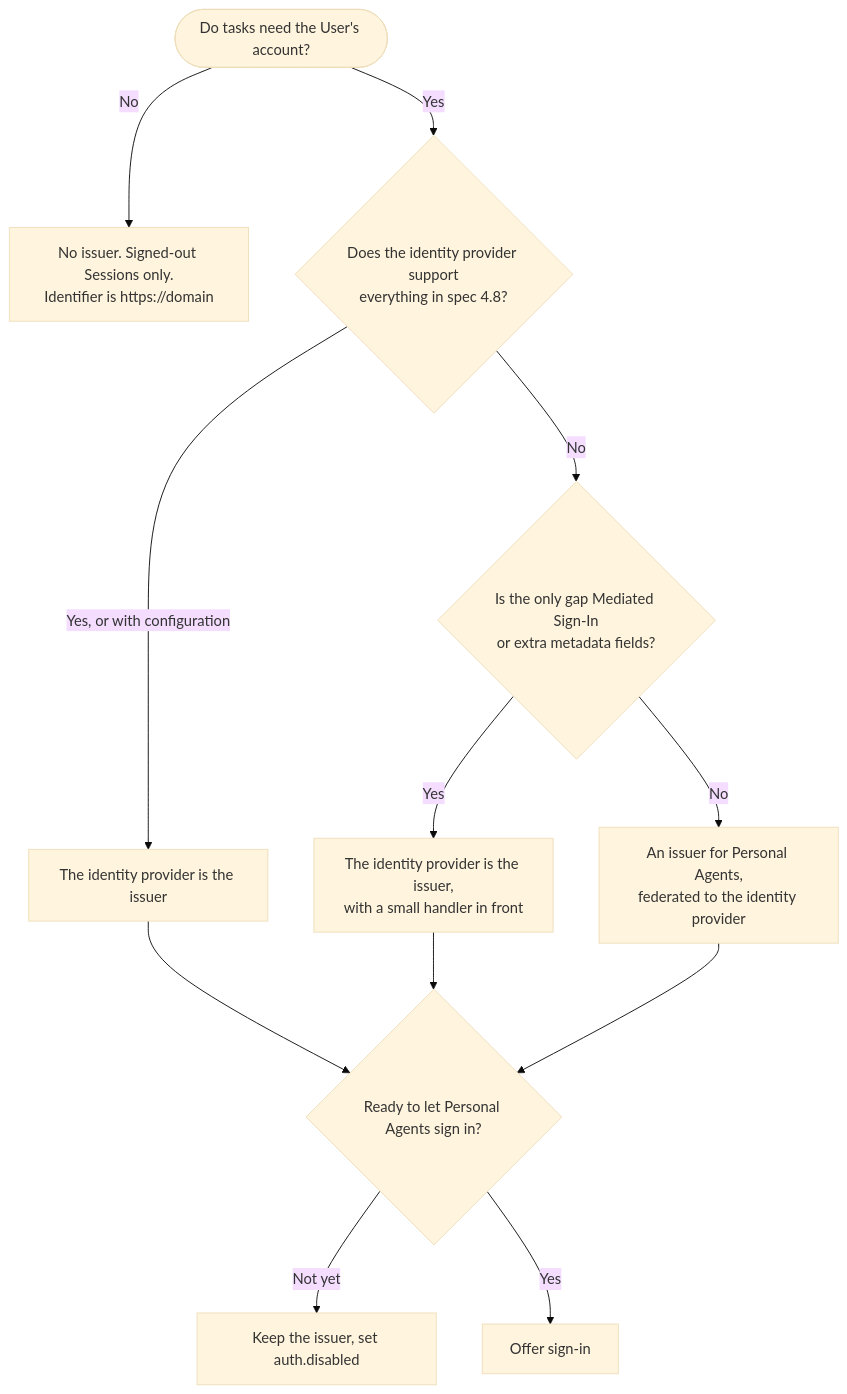
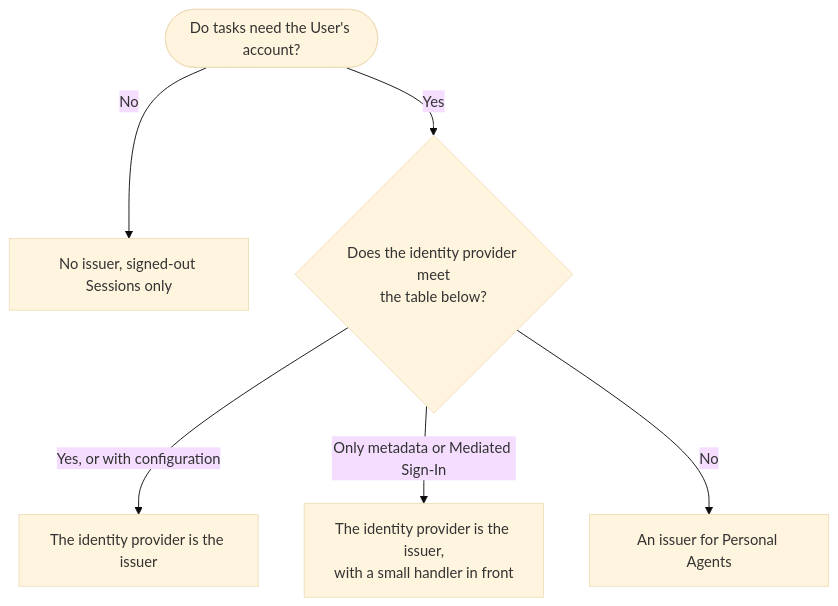
Before and after one commit to gaokevin1/personal-agent-protocol: the first of 8 diagrams in kit/company/patterns/identity-provider.md, drawn with Mermaid (base theme). The commit also changed other lines of this file and 1 other file, not shown here.

Commit message:
Trim the identity provider pattern to the essentials

````diff
--- a/kit/company/patterns/identity-provider.md
+++ b/kit/company/patterns/identity-provider.md
@@ -19,14 +15,8 @@
 ```mermaid
 flowchart TD
-  start([Do tasks need the User's account?]) -->|No| none[No issuer. Signed-out Sessions only.<br/>Identifier is https://domain]
-  start -->|Yes| gaps{Does the identity provider support<br/>everything in spec 4.8?}
+  start([Do tasks need the User's account?]) -->|No| none[No issuer, signed-out Sessions only]
+  start -->|Yes| gaps{Does the identity provider meet<br/>the table below?}
   gaps -->|Yes, or with configuration| idp[The identity provider is the issuer]
-  gaps -->|No| front{Is the only gap Mediated Sign-In<br/>or extra metadata fields?}
-  front -->|Yes| shim[The identity provider is the issuer,<br/>with a small handler in front]
-  front -->|No| agent[An issuer for Personal Agents,<br/>federated to the identity provider]
-  idp --> ready{Ready to let Personal Agents sign in?}
-  shim --> ready
-  agent --> ready
-  ready -->|Not yet| disabled[Keep the issuer, set auth.disabled]
-  ready -->|Yes| live[Offer sign-in]
+  gaps -->|Only metadata or Mediated Sign-In| shim[The identity provider is the issuer,<br/>with a small handler in front]
+  gaps -->|No| agent[An issuer for Personal Agents]
 ```
````
